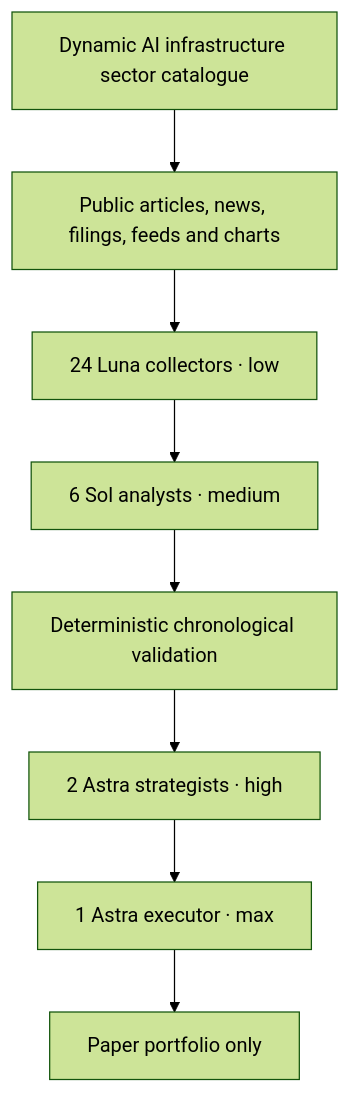
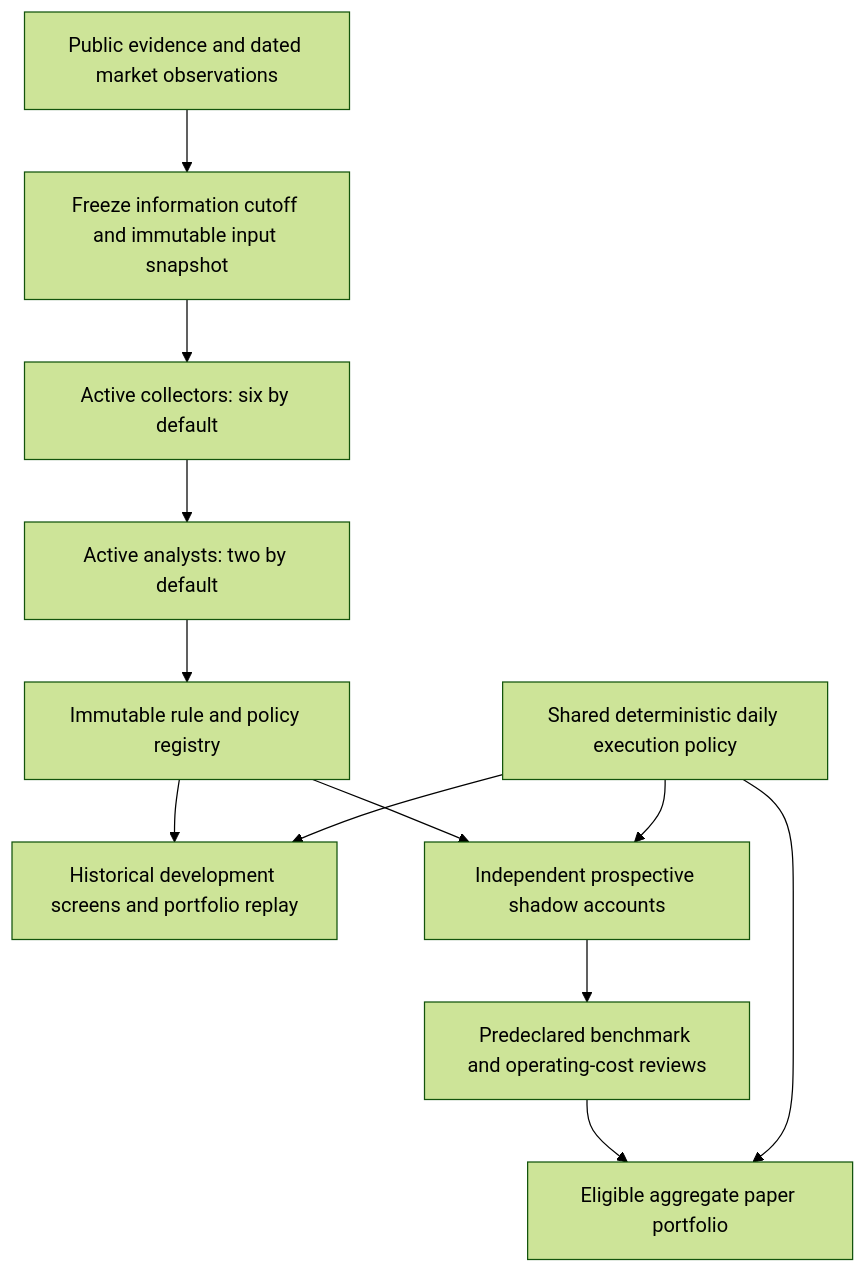
The diagram in docs/Architecture.md (justmycode37/Prism), drawn with Mermaid (forest theme) before and after one commit. The commit also changed other lines of this file and 49 other files, not shown here.

Commit message:
Build prospective strategy research and shared paper execution (#2)

````diff
--- a/docs/Architecture.md
+++ b/docs/Architecture.md
@@ -5,12 +5,14 @@
 ```mermaid
 flowchart TD
-    CAT[Dynamic AI infrastructure sector catalogue]
-    WEB[Public articles, news, filings, feeds and charts]
-    COL[24 Luna collectors · low]
-    AN[6 Sol analysts · medium]
-    ST[2 Astra strategists · high]
-    VAL[Deterministic chronological validation]
-    EX[1 Astra executor · max]
-    PAPER[Paper portfolio only]
-    CAT --> WEB --> COL --> AN --> VAL --> ST --> EX --> PAPER
+    DATA[Public evidence and dated market observations] --> CUT[Freeze information cutoff and immutable input snapshot]
+    CUT --> COL[Active collectors: six by default]
+    COL --> AN[Active analysts: two by default]
+    AN --> REG[Immutable rule and policy registry]
+    REG --> DEV[Historical development screens and portfolio replay]
+    REG --> SHADOW[Independent prospective shadow accounts]
+    SHADOW --> REVIEW[Predeclared benchmark and operating-cost reviews]
+    REVIEW --> PAPER[Eligible aggregate paper portfolio]
+    POLICY[Shared deterministic daily execution policy] --> DEV
+    POLICY --> SHADOW
+    POLICY --> PAPER
 ```
````
